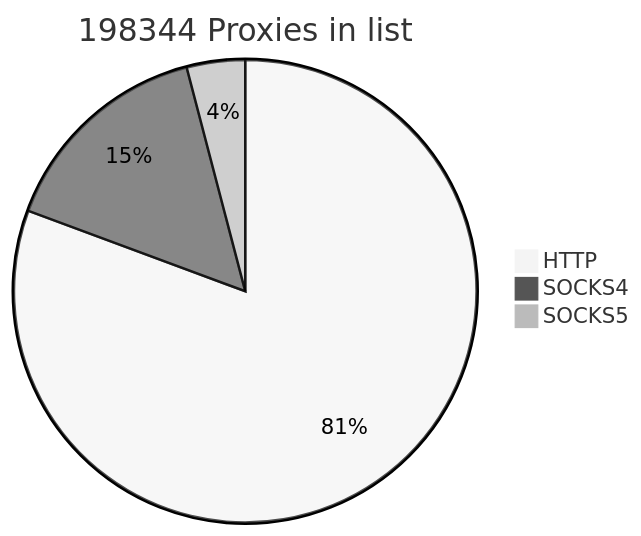
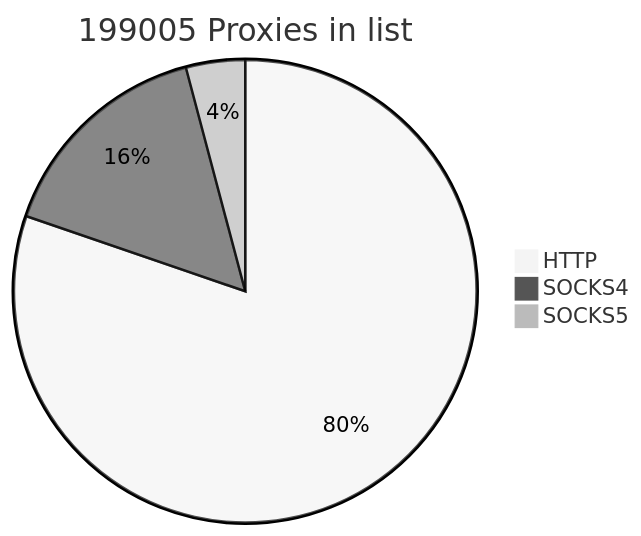
The first of 2 diagrams in README.md (cutipu/proxylist), drawn with Mermaid (neutral theme) before and after one commit. The commit also changed other lines of this file, not shown here.

````diff
--- a/README.md
+++ b/README.md
@@ -2,7 +2,7 @@
 ```mermaid
-pie title 198344 Proxies in list
-    "HTTP" : 159962
-    "SOCKS4" : 30298
-    "SOCKS5" : 8084
+pie title 199005 Proxies in list
+    "HTTP" : 159722
+    "SOCKS4" : 31066
+    "SOCKS5" : 8217
             
 ```
````
